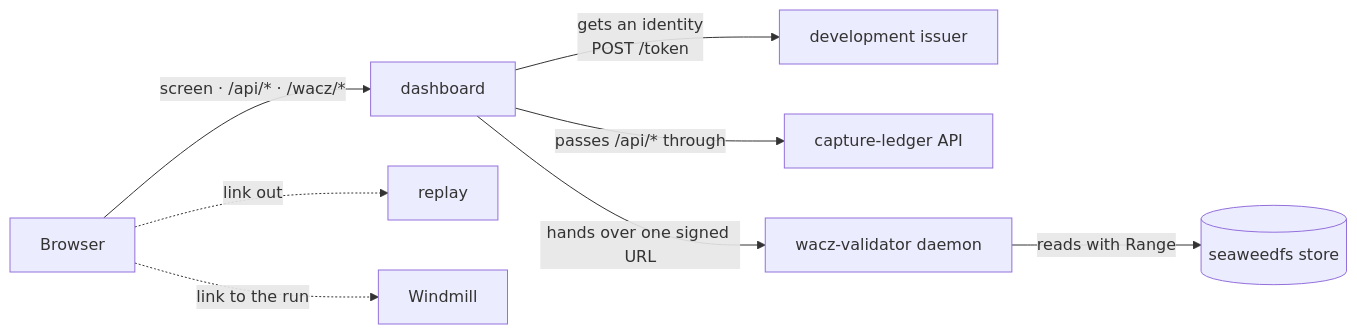
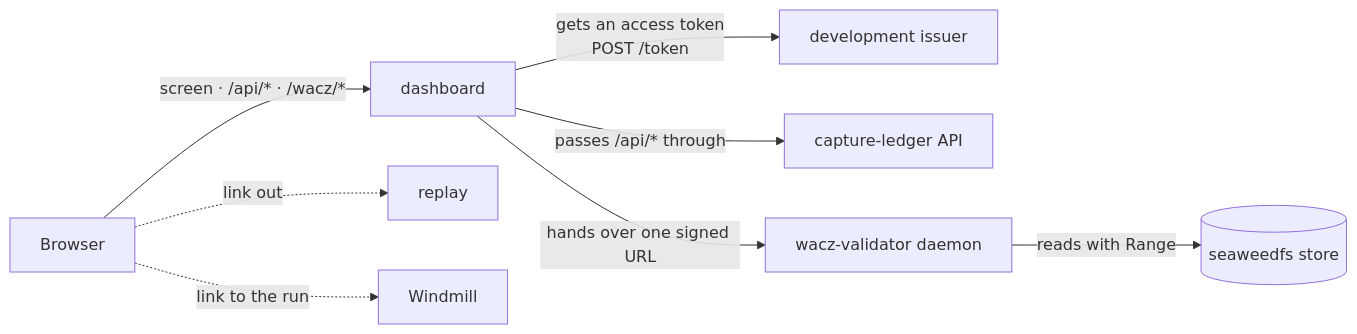
Before and after one commit to uraitakahito/dashboard: the diagram in docs-site/src/content/docs/index.md, drawn with Mermaid. The commit also changed other lines of this file and 12 other files, not shown here.

````diff
--- a/docs-site/src/content/docs/index.md
+++ b/docs-site/src/content/docs/index.md
@@ -25,10 +25,10 @@
 ```mermaid
 flowchart LR
   B["Browser"] -->|"screen · /api/* · /wacz/*"| D["dashboard"]
-  D -->|"gets an identity<br/>POST /token"| I["development issuer"]
+  D -->|"gets an access token<br/>POST /token"| I["development issuer"]
   D -->|"passes /api/* through"| L["capture-ledger API"]
   D -->|"hands over one signed URL"| V["wacz-validator daemon"]
   V -->|"reads with Range"| S[("seaweedfs store")]
   B -.->|"link out"| R["replay"]
   B -.->|"link to the run"| W["Windmill"]
 ```
````
